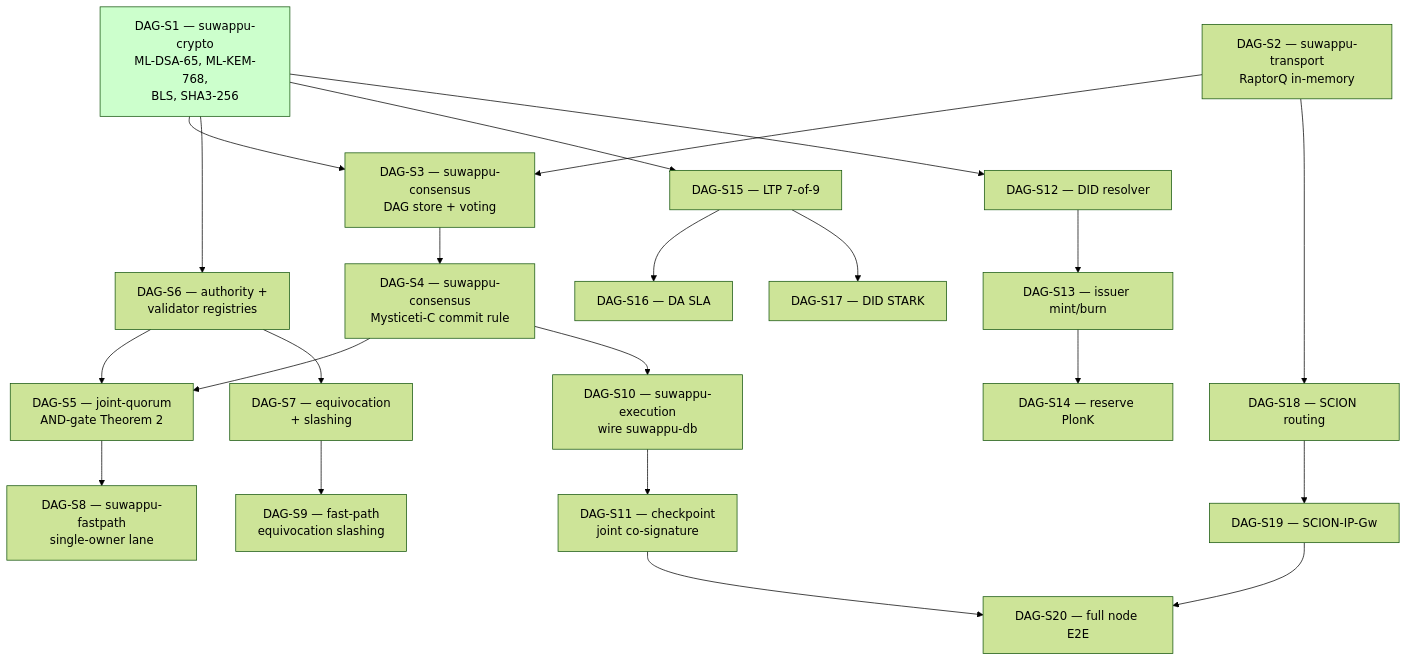
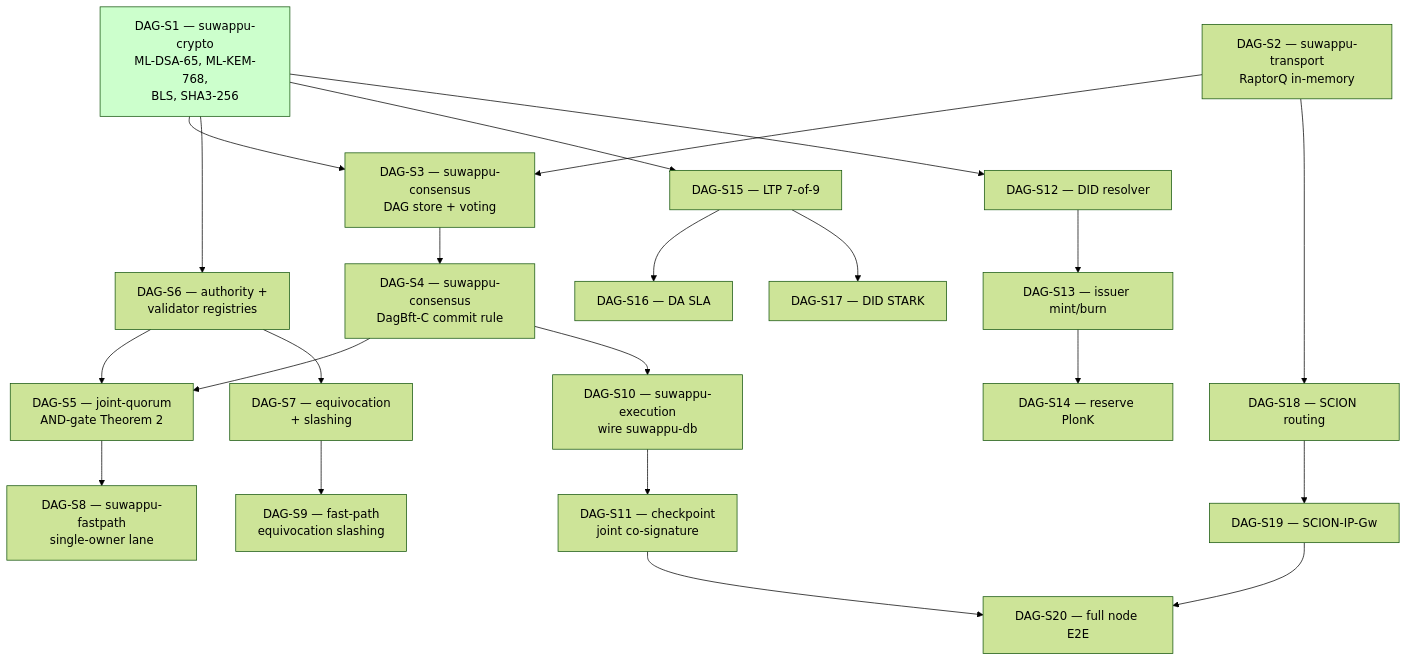
One commit to Suwappu-Labs/suwappu-dag changed the diagram in docs/architecture/sprint-map.md. Above: the diagram before and after it, drawn with Mermaid (forest theme). The commit also changed other lines of this file and 59 other files, not shown here.

````diff
--- a/docs/architecture/sprint-map.md
+++ b/docs/architecture/sprint-map.md
@@ -8,47 +8,47 @@
 ```mermaid
 flowchart TB
     S1[DAG-S1 — suwappu-crypto<br/>ML-DSA-65, ML-KEM-768,<br/>BLS, SHA3-256]
     S2[DAG-S2 — suwappu-transport<br/>RaptorQ in-memory]
     S3[DAG-S3 — suwappu-consensus<br/>DAG store + voting]
-    S4[DAG-S4 — suwappu-consensus<br/>Mysticeti-C commit rule]
+    S4[DAG-S4 — suwappu-consensus<br/>DagBft-C commit rule]
     S5[DAG-S5 — joint-quorum<br/>AND-gate Theorem 2]
     S6[DAG-S6 — authority +<br/>validator registries]
     S7[DAG-S7 — equivocation<br/>+ slashing]
     S8[DAG-S8 — suwappu-fastpath<br/>single-owner lane]
     S9[DAG-S9 — fast-path<br/>equivocation slashing]
     S10[DAG-S10 — suwappu-execution<br/>wire suwappu-db]
     S11[DAG-S11 — checkpoint<br/>joint co-signature]
     S12[DAG-S12 — DID resolver]
     S13[DAG-S13 — issuer mint/burn]
     S14[DAG-S14 — reserve PlonK]
     S15[DAG-S15 — LTP 7-of-9]
     S16[DAG-S16 — DA SLA]
     S17[DAG-S17 — DID STARK]
     S18[DAG-S18 — SCION routing]
     S19[DAG-S19 — SCION-IP-Gw]
     S20[DAG-S20 — full node E2E]
 
     S1 --> S3
     S1 --> S6
     S1 --> S15
     S2 --> S3
     S3 --> S4
     S4 --> S5
     S6 --> S5
     S6 --> S7
     S5 --> S8
     S7 --> S9
     S4 --> S10
     S10 --> S11
     S11 --> S20
     S1 --> S12
     S12 --> S13
     S13 --> S14
     S15 --> S16
     S15 --> S17
     S2 --> S18
     S18 --> S19
     S19 --> S20
 
     style S1 fill:#cfc
 ```
````
